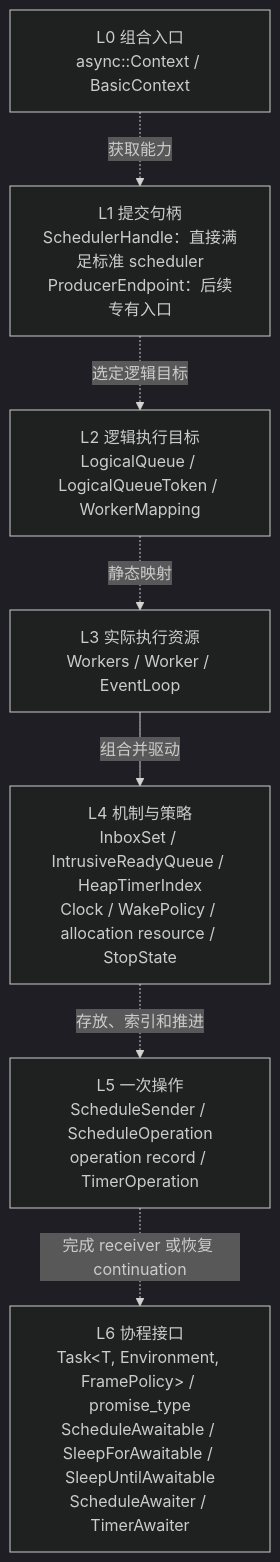
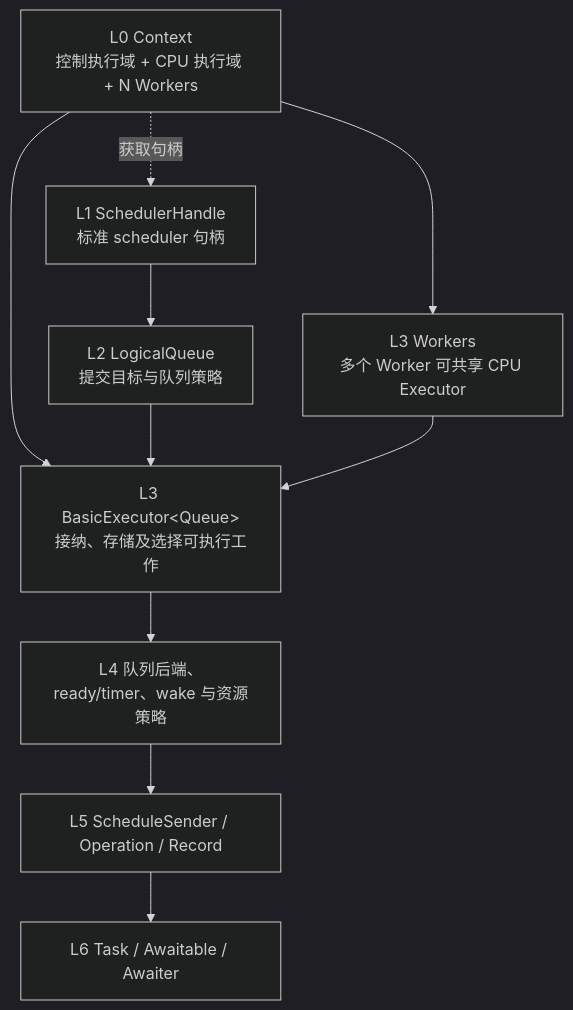
Before and after one commit to mmmmmcree/async: the second of 4 diagrams in CORE_DESIGN.md, drawn with Mermaid (dark theme). The commit also changed other lines of this file and 22 other files, not shown here.

````diff
--- a/CORE_DESIGN.md
+++ b/CORE_DESIGN.md
@@ -103,16 +103,20 @@
 ```mermaid
 flowchart TB
-    C["L0 组合入口<br/>async::Context / BasicContext"]
-    S["L1 提交句柄<br/>SchedulerHandle：直接满足标准 scheduler<br/>ProducerEndpoint：后续专有入口"]
-    Q["L2 逻辑执行目标<br/>LogicalQueue / LogicalQueueToken / WorkerMapping"]
-    W["L3 实际执行资源<br/>Workers / Worker / EventLoop"]
-    P["L4 机制与策略<br/>InboxSet / IntrusiveReadyQueue / HeapTimerIndex<br/>Clock / WakePolicy / allocation resource / StopState"]
-    O["L5 一次操作<br/>ScheduleSender / ScheduleOperation<br/>operation record / TimerOperation"]
-    T["L6 协程接口<br/>Task&lt;T, Environment, FramePolicy&gt; / promise_type<br/>ScheduleAwaitable / SleepForAwaitable / SleepUntilAwaitable<br/>ScheduleAwaiter / TimerAwaiter"]
-    C -.->|"获取能力"| S
-    S -.->|"选定逻辑目标"| Q
-    Q -.->|"静态映射"| W
-    W -->|"组合并驱动"| P
-    P -.->|"存放、索引和推进"| O
-    O -.->|"完成 receiver 或恢复 continuation"| T
+    C["L0 Context<br/>控制执行域 + CPU 执行域 + N Workers"]
+    S["L1 SchedulerHandle<br/>标准 scheduler 句柄"]
+    Q["L2 LogicalQueue<br/>提交目标与队列策略"]
+    E["L3 BasicExecutor&lt;Queue&gt;<br/>接纳、存储及选择可执行工作"]
+    W["L3 Workers<br/>多个 Worker 可共享 CPU Executor"]
+    P["L4 队列后端、ready/timer、wake 与资源策略"]
+    O["L5 ScheduleSender / Operation / Record"]
+    T["L6 Task / Awaitable / Awaiter"]
+    C --> E
+    C --> W
+    C -.->|"获取句柄"| S
+    S --> Q
+    Q --> E
+    W --> E
+    E --> P
+    P --> O
+    O --> T
 ```
````
